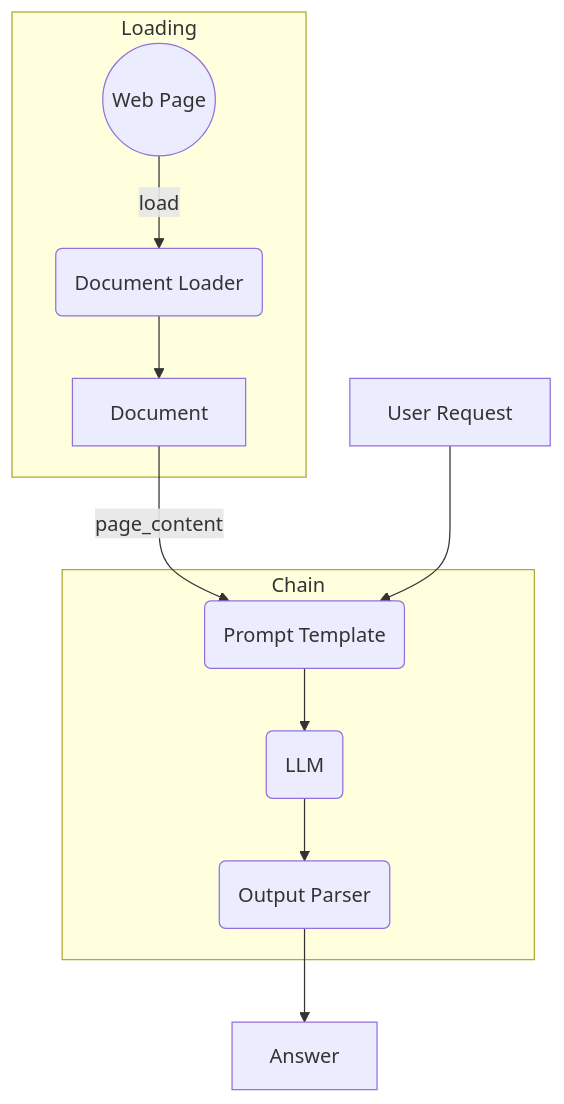
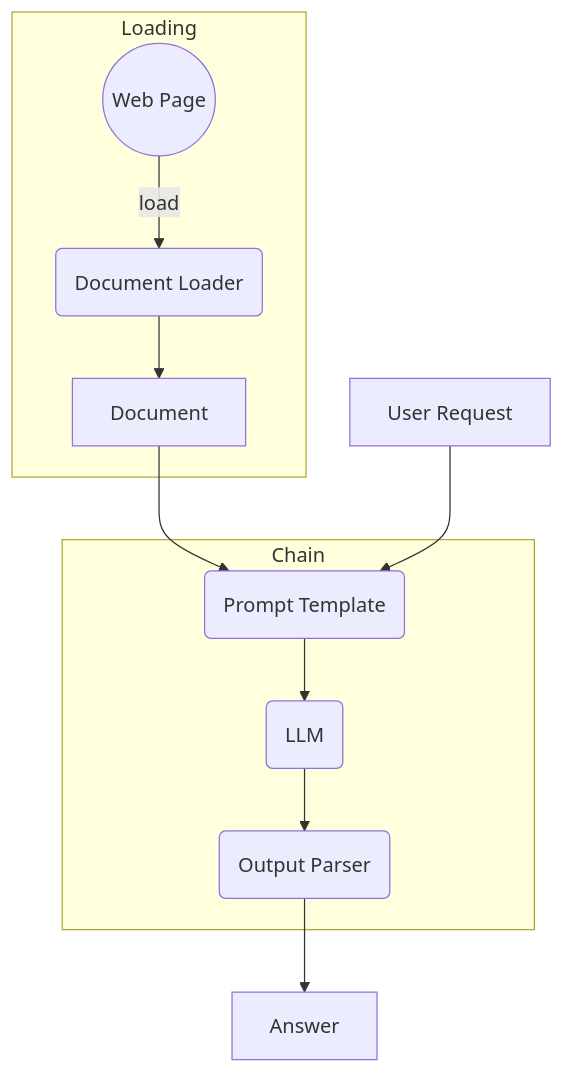
Before and after one commit to CBarbazange/sfeir-school-langchain: the diagram in steps/03-document-loader/lab/README.md, drawn with Mermaid. The commit also changed other lines of this file and 7 other files, not shown here.

````diff
--- a/steps/03-document-loader/lab/README.md
+++ b/steps/03-document-loader/lab/README.md
@@ -9,26 +9,26 @@
 ```mermaid
 flowchart TD
     W((Web Page))
     L(Document Loader)
     D[Document]
     UR[User Request]
     PT(Prompt Template)
     LM(LLM)
     OP(Output Parser)
     A[Answer]
 
     subgraph Loading
         W --> |load|L
         L --> D
     end
 
     subgraph Chain
         PT --> LM
         LM --> OP
     end
 
-    D --> |page_content|PT
+    D --> PT
     UR --> PT
     
     OP --> A
 ```
````
